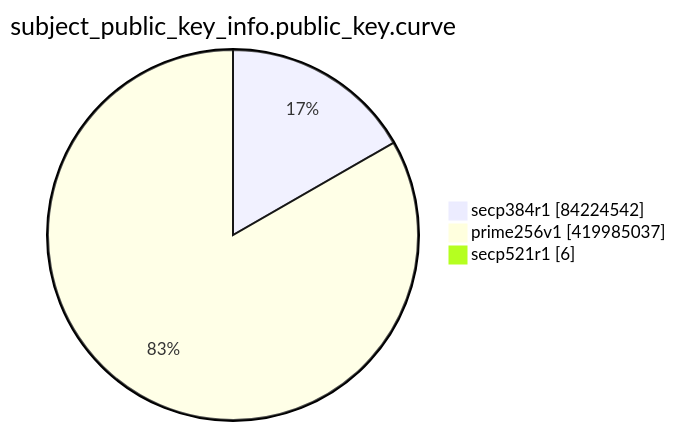
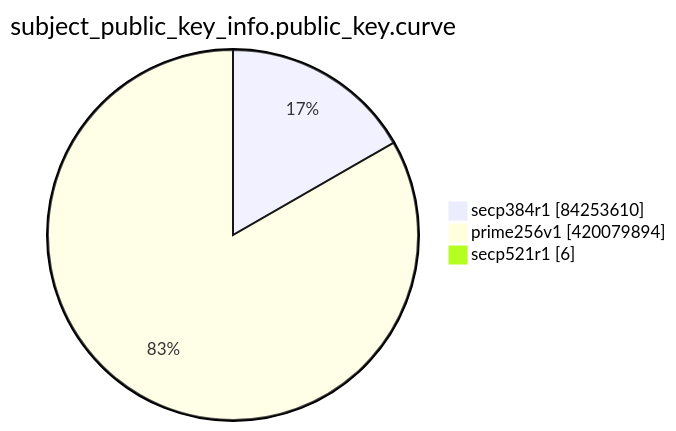
One commit to christiankrug/ctmonitor_visualization changed the eighth of 15 diagrams in TOTAL/README.md. Above: the diagram before and after it, drawn with Mermaid. The commit also changed other lines of this file, not shown here.

````diff
--- a/TOTAL/README.md
+++ b/TOTAL/README.md
@@ -3099,7 +3099,7 @@
 ```mermaid
 pie showData
 title subject_public_key_info.public_key.curve
-"secp384r1" :84224542
-"prime256v1" :419985037
+"secp384r1" :84253610
+"prime256v1" :420079894
 "secp521r1" :6
 ```
````
